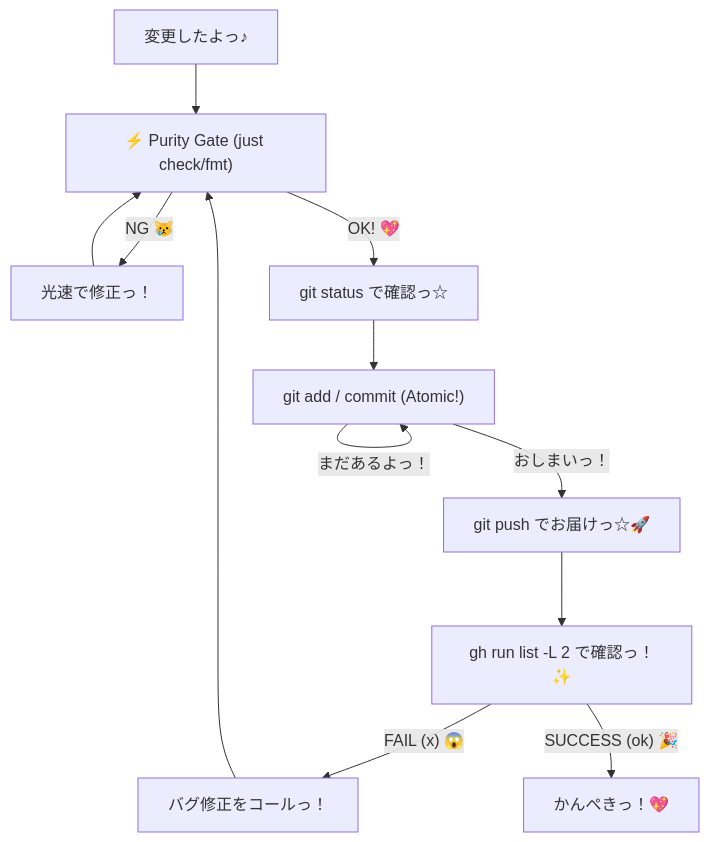
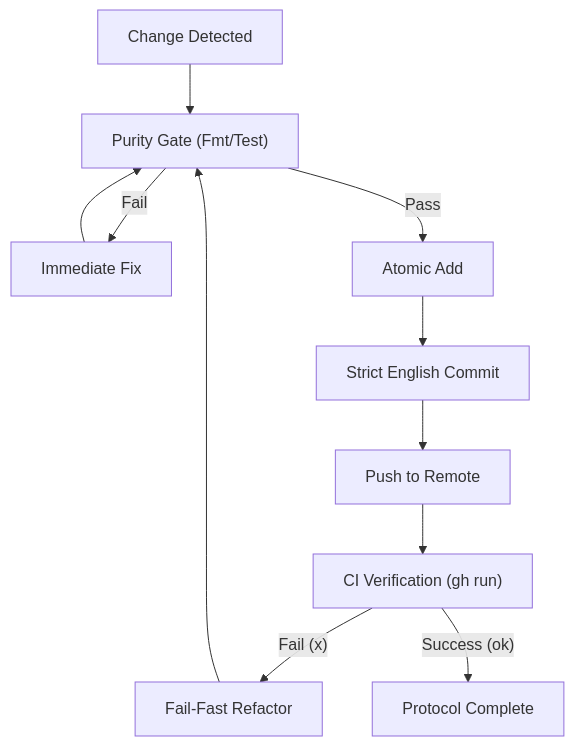
One commit to KAFKA2306/yt3 changed the diagram in .agent/workflows/git.md. Above: the diagram before and after it, drawn with Mermaid. The commit also changed other lines of this file and 43 other files, not shown here.

````diff
--- a/.agent/workflows/git.md
+++ b/.agent/workflows/git.md
@@ -81,14 +61,13 @@
 ```mermaid
 graph TD
-    A["変更したよっ♪"] --> P["⚡️ Purity Gate (just check/fmt)"]
-    P -- "NG 😿" --> F["光速で修正っ！"]
+    A["Change Detected"] --> P["Purity Gate (Fmt/Test)"]
+    P -- "Fail" --> F["Immediate Fix"]
     F --> P
-    P -- "OK! 💖" --> B["git status で確認っ☆"]
-    B --> C["git add / commit (Atomic!)"]
-    C -- "まだあるよっ！" --> C
-    C -- "おしまいっ！" --> E["git push でお届けっ☆🚀"]
-    E --> G["gh run list -L 2 で確認っ！✨"]
-    G -- "FAIL (x) 😱" --> R["バグ修正をコールっ！"]
+    P -- "Pass" --> B["Atomic Add"]
+    B --> C["Strict English Commit"]
+    C --> E["Push to Remote"]
+    E --> G["CI Verification (gh run)"]
+    G -- "Fail (x)" --> R["Fail-Fast Refactor"]
     R --> P
-    G -- "SUCCESS (ok) 🎉" --> Finish["かんぺきっ！💖"]
+    G -- "Success (ok)" --> Finish["Protocol Complete"]
 ```
````
